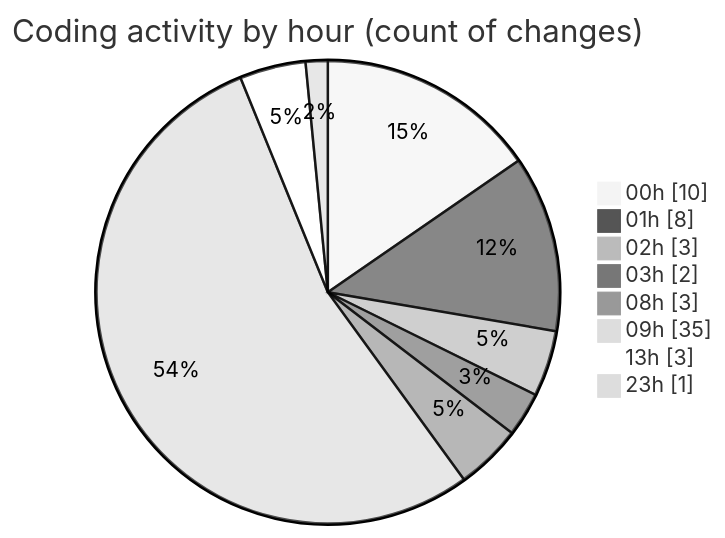
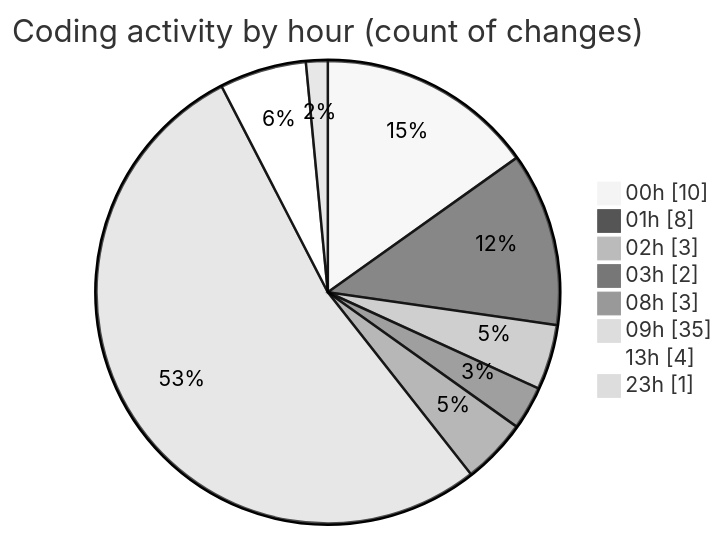
Before and after one commit to tmsrecording-cyber/code-tracking: the second of 2 diagrams in 2026-02-09/singularitybrainai/README.md, drawn with Mermaid (neutral theme). The commit also changed other lines of this file and 1 other file, not shown here.

````diff
--- a/2026-02-09/singularitybrainai/README.md
+++ b/2026-02-09/singularitybrainai/README.md
@@ -32,12 +32,12 @@
 ```mermaid
 pie showData
 title Coding activity by hour (count of changes)
 "00h" : 10
 "01h" : 8
 "02h" : 3
 "03h" : 2
 "08h" : 3
 "09h" : 35
-"13h" : 3
+"13h" : 4
 "23h" : 1
 ```
````
